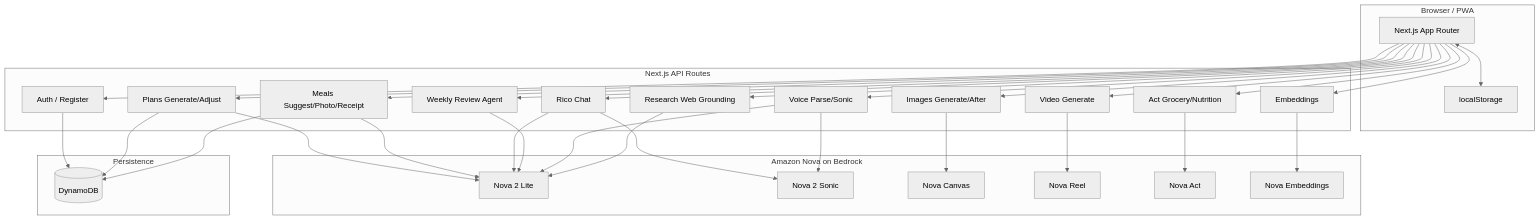
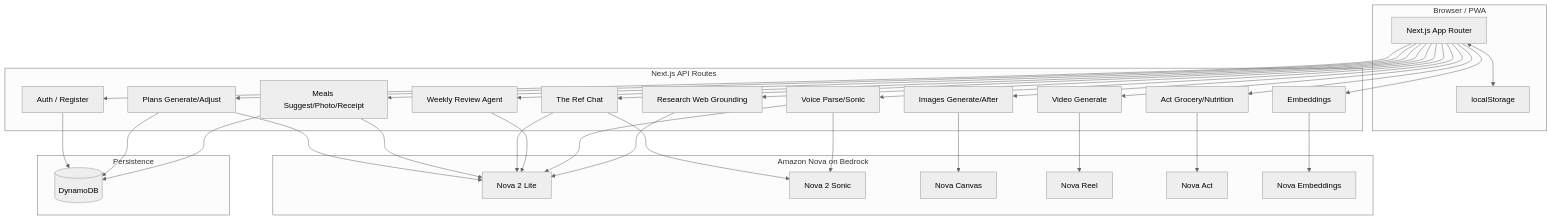
The first of 2 diagrams in ARCHITECTURE.md (JStoweYouKnow/recomp), drawn with Mermaid (neutral theme) before and after one commit. The commit also changed other lines of this file and 28 other files, not shown here.

First line of the commit message:
Rename Rico/Reco to The Ref

````diff
--- a/ARCHITECTURE.md
+++ b/ARCHITECTURE.md
@@ -9,64 +9,64 @@
 ```mermaid
 flowchart TB
     subgraph Client["Browser / PWA"]
         UI[Next.js App Router]
         LS[localStorage]
     end
 
     subgraph API["Next.js API Routes"]
         Auth[Auth / Register]
         Plans[Plans Generate/Adjust]
         Meals[Meals Suggest/Photo/Receipt]
-        Rico[Rico Chat]
+        Rico[The Ref Chat]
         Agent[Weekly Review Agent]
         Act[Act Grocery/Nutrition]
         Voice[Voice Parse/Sonic]
         Img[Images Generate/After]
         Vid[Video Generate]
         Emb[Embeddings]
         Research[Research Web Grounding]
     end
 
     subgraph Nova["Amazon Nova on Bedrock"]
         Lite[Nova 2 Lite]
         Sonic[Nova 2 Sonic]
         Canvas[Nova Canvas]
         Reel[Nova Reel]
         ActSDK[Nova Act]
         Embed[Nova Embeddings]
     end
 
     subgraph Storage["Persistence"]
         DDB[(DynamoDB)]
     end
 
     UI --> Auth
     UI --> Plans
     UI --> Meals
     UI --> Rico
     UI --> Agent
     UI --> Act
     UI --> Voice
     UI --> Img
     UI --> Vid
     UI --> Emb
     UI --> Research
     UI <--> LS
 
     Plans --> Lite
     Meals --> Lite
     Rico --> Lite
     Rico --> Sonic
     Agent --> Lite
     Voice --> Lite
     Voice --> Sonic
     Img --> Canvas
     Vid --> Reel
     Act --> ActSDK
     Emb --> Embed
     Research --> Lite
 
     Auth --> DDB
     Plans --> DDB
     Meals --> DDB
 ```
````
